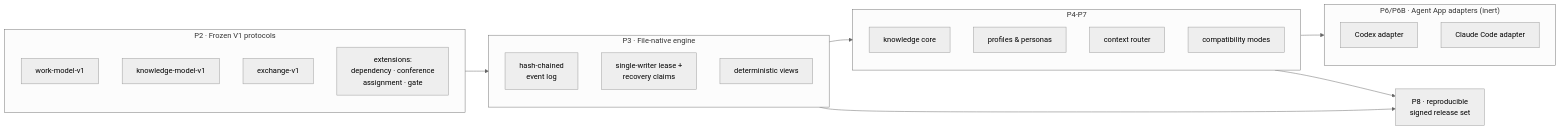
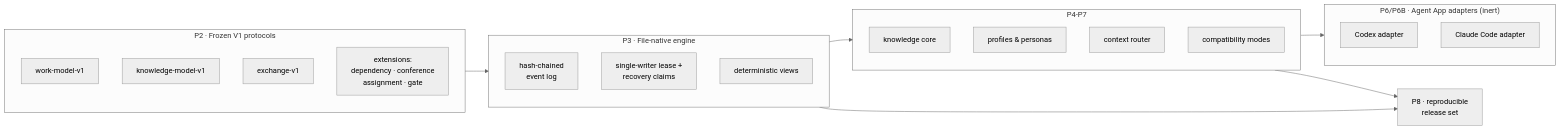
One commit to tpmoonchefryan/tcrn-workflow changed the diagram in README.md. Above: the diagram before and after it, drawn with Mermaid (neutral theme). The commit also changed other lines of this file and 6 other files, not shown here.

````diff
--- a/README.md
+++ b/README.md
@@ -70,28 +88,28 @@
 ```mermaid
 flowchart LR
     subgraph Protocols["P2 · Frozen V1 protocols"]
         WM[work-model-v1]
         KM[knowledge-model-v1]
         EX[exchange-v1]
         XT[extensions:<br/>dependency · conference<br/>assignment · gate]
     end
     subgraph Engine["P3 · File-native engine"]
         EV[hash-chained<br/>event log]
         LS[single-writer lease +<br/>recovery claims]
         VW[deterministic views]
     end
     subgraph Layers["P4-P7"]
         KC[knowledge core]
         PF[profiles & personas]
         CR[context router]
         CM[compatibility modes]
     end
     subgraph Hosts["P6/P6B · Agent App adapters (inert)"]
         CX[Codex adapter]
         CL[Claude Code adapter]
     end
-    REL[P8 · reproducible<br/>signed release set]
+    REL[P8 · reproducible<br/>release set]
     Protocols --> Engine --> Layers --> Hosts
     Engine --> REL
     Layers --> REL
 ```
````
